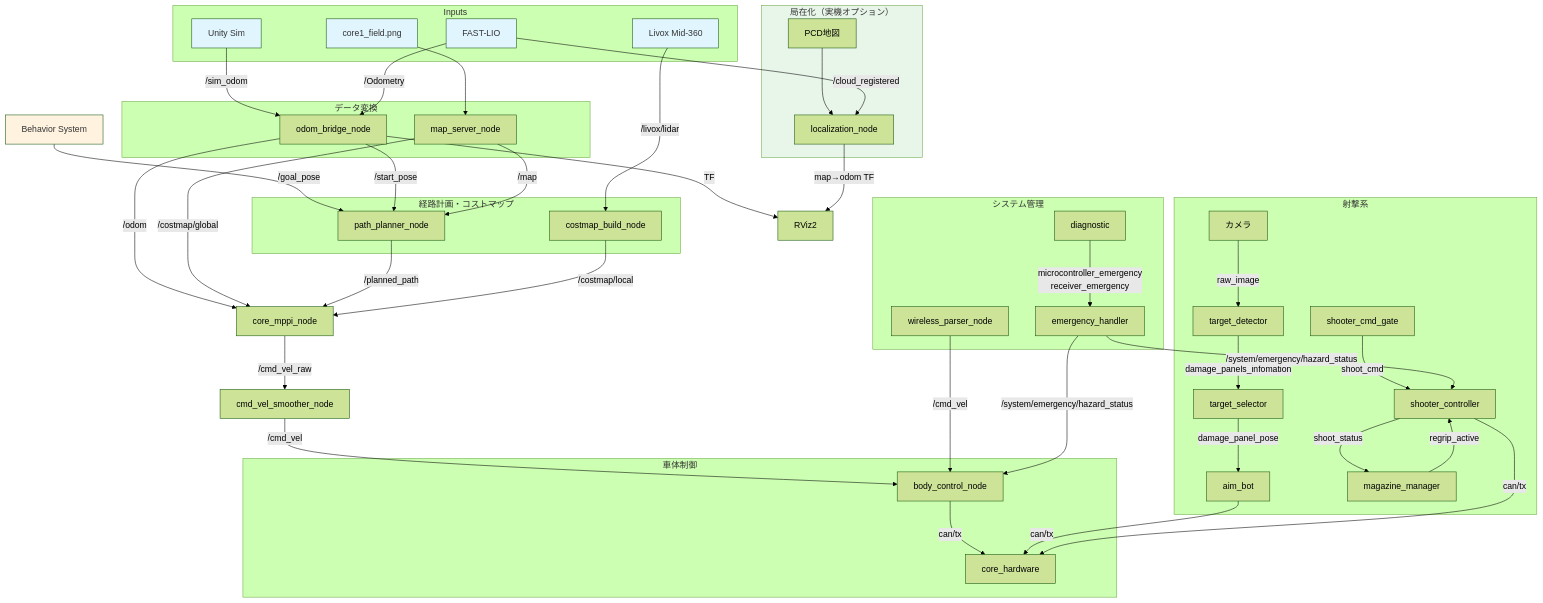
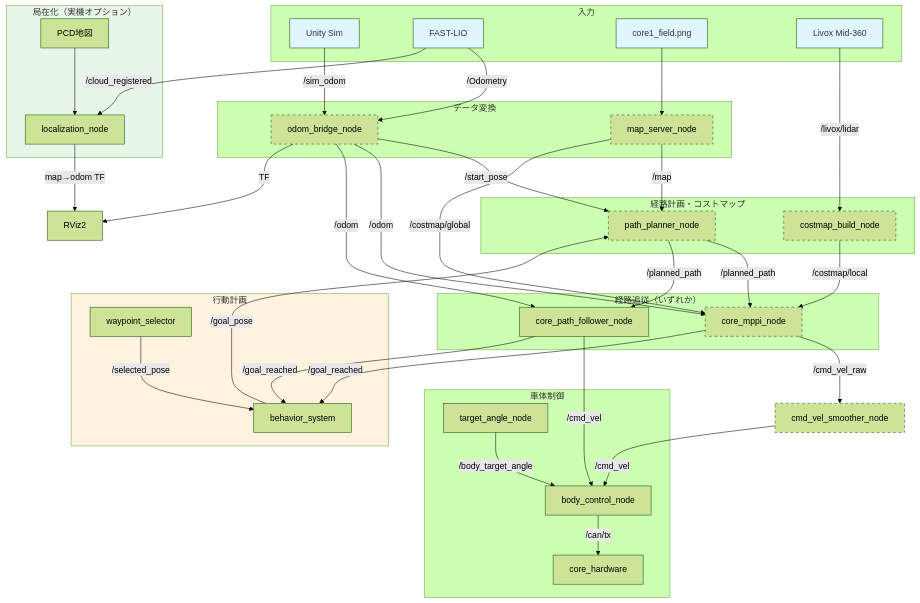
Before and after one commit to team-continue/core2026: the first of 3 diagrams in docs/architecture/overview.md, drawn with Mermaid (forest theme). The commit also changed other lines of this file and 3 other files, not shown here.

````diff
--- a/docs/architecture/overview.md
+++ b/docs/architecture/overview.md
@@ -5,13 +66,16 @@
 ```mermaid
 graph TB
-    subgraph Inputs
+    subgraph Inputs["入力"]
         Unity["Unity Sim"]
         FASTLIO["FAST-LIO"]
         MapPNG["core1_field.png"]
         LiDAR["Livox Mid-360"]
     end
 
-    BehaviorSystem["Behavior System"]
+    subgraph Behavior["行動計画"]
+        WaypointSelector["waypoint_selector"]
+        BehaviorSystem["behavior_system"]
+    end
 
     subgraph Bridge["データ変換"]
         OdomBridge["odom_bridge_node"]
@@ -23,11 +87,16 @@
         CostmapBuilder["costmap_build_node"]
     end
 
-    MPPI["core_mppi_node"]
+    subgraph Following["経路追従（いずれか）"]
+        MPPI["core_mppi_node"]
+        PathFollower["core_path_follower_node"]
+    end
+
     Smoother["cmd_vel_smoother_node"]
 
     subgraph Control["車体制御"]
         BodyController["body_control_node"]
+        TargetAngle["target_angle_node"]
         Hardware["core_hardware"]
     end
 
@@ -38,47 +107,27 @@
     MapPNG --> MapServer
     LiDAR -->|/livox/lidar| CostmapBuilder
 
+    WaypointSelector -->|/selected_pose| BehaviorSystem
     BehaviorSystem -->|/goal_pose| PathPlanner
 
     OdomBridge -->|/start_pose| PathPlanner
     OdomBridge -->|/odom| MPPI
+    OdomBridge -->|/odom| PathFollower
     OdomBridge -->|TF| RViz
     MapServer -->|/map| PathPlanner
     MapServer -->|/costmap/global| MPPI
 
     PathPlanner -->|/planned_path| MPPI
+    PathPlanner -->|/planned_path| PathFollower
     CostmapBuilder -->|/costmap/local| MPPI
 
     MPPI -->|/cmd_vel_raw| Smoother
     Smoother -->|/cmd_vel| BodyController
-    BodyController -->|can/tx| Hardware
-
-    style MapPNG fill:#e1f5fe,color:#333
-    style Unity fill:#e1f5fe,color:#333
-    style FASTLIO fill:#e1f5fe,color:#333
-    style LiDAR fill:#e1f5fe,color:#333
-    subgraph Shooter["射撃系"]
-        Camera["カメラ"] -->|raw_image| TargetDetector["target_detector"]
-        TargetDetector -->|damage_panels_infomation| TargetSelector["target_selector"]
-        TargetSelector -->|damage_panel_pose| AimBot["aim_bot"]
-        ShooterGate["shooter_cmd_gate"] -->|shoot_cmd| ShooterCtrl["shooter_controller"]
-        MagazineMgr["magazine_manager"] -->|regrip_active| ShooterCtrl
-        ShooterCtrl -->|shoot_status| MagazineMgr
-    end
-
-    subgraph SystemMode["システム管理"]
-        WirelessParser["wireless_parser_node"]
-        EmergencyHandler["emergency_handler"]
-        Diagnostic["diagnostic"]
-        Diagnostic -->|"microcontroller_emergency<br>receiver_emergency"| EmergencyHandler
-    end
-
-    WirelessParser -->|/cmd_vel| BodyController
-    EmergencyHandler -->|"/system/emergency/hazard_status"| BodyController
-    EmergencyHandler -->|"/system/emergency/hazard_status"| ShooterCtrl
-
-    AimBot -->|can/tx| Hardware
-    ShooterCtrl -->|can/tx| Hardware
+    PathFollower -->|/cmd_vel| BodyController
+    MPPI -->|/goal_reached| BehaviorSystem
+    PathFollower -->|/goal_reached| BehaviorSystem
+    TargetAngle -->|/body_target_angle| BodyController
+    BodyController -->|/can/tx| Hardware
 
     subgraph Localization["局在化（実機オプション）"]
         PCDMap["PCD地図"] --> LocalizationNode["localization_node"]
@@ -87,6 +136,17 @@
     FASTLIO -->|/cloud_registered| LocalizationNode
     LocalizationNode -->|"map→odom TF"| RViz
 
+    style MapPNG fill:#e1f5fe,color:#333
+    style Unity fill:#e1f5fe,color:#333
+    style FASTLIO fill:#e1f5fe,color:#333
+    style LiDAR fill:#e1f5fe,color:#333
     style Localization fill:#e8f5e9,color:#333
-    style BehaviorSystem fill:#fff3e0,color:#333
+    style Behavior fill:#fff3e0,color:#333
+
+    style OdomBridge stroke-dasharray: 5 5
+    style MapServer stroke-dasharray: 5 5
+    style PathPlanner stroke-dasharray: 5 5
+    style CostmapBuilder stroke-dasharray: 5 5
+    style MPPI stroke-dasharray: 5 5
+    style Smoother stroke-dasharray: 5 5
 ```
````
